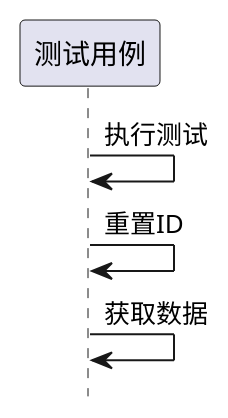
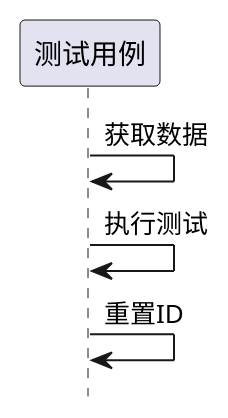
One commit to goblinln/iBizPMS changed the sixth of 8 diagrams in ibizpms-docs/src/main/doc/v1/module/zentao/Case_old.md. Above: the diagram before and after it, drawn with PlantUML. The commit also changed other lines of this file and 230 other files, not shown here.

```diff
--- a/ibizpms-docs/src/main/doc/v1/module/zentao/Case_old.md
+++ b/ibizpms-docs/src/main/doc/v1/module/zentao/Case_old.md
@@ -356,7 +356,7 @@
 {% plantuml %}
 hide footbox
 
+测试用例 -> 测试用例: 获取数据
 测试用例 -> 测试用例: 执行测试
 测试用例 -> 测试用例: 重置ID
-测试用例 -> 测试用例: 获取数据
 {% endplantuml %}
```
